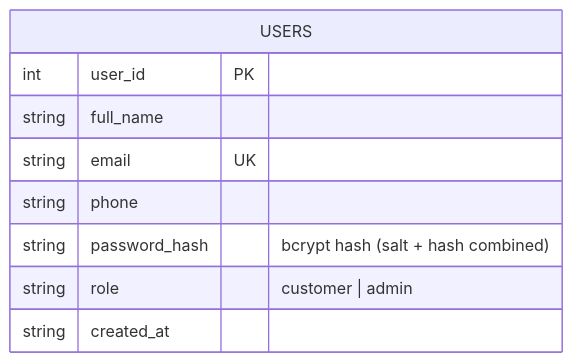
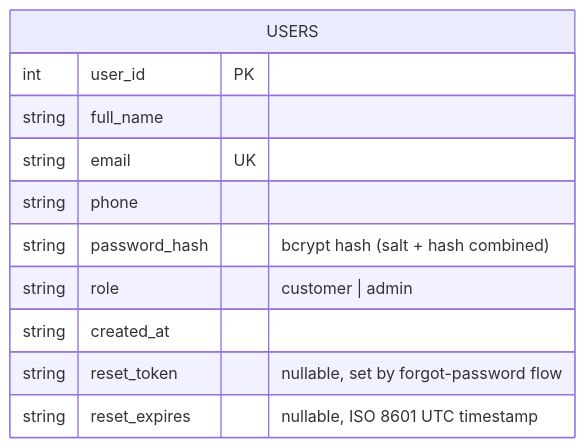
One commit to eirikrbe/MSE800-PSD changed the eighth of 8 diagrams in W10/Ako-puku_Login_Demo/README.md. Above: the diagram before and after it, drawn with Mermaid. The commit also changed other lines of this file and 4 other files, not shown here.

Commit message:
Forgot Password functionality added

````diff
--- a/W10/Ako-puku_Login_Demo/README.md
+++ b/W10/Ako-puku_Login_Demo/README.md
@@ -230,12 +287,14 @@
 ```mermaid
 erDiagram
     USERS {
         int user_id PK
         string full_name
         string email UK
         string phone
         string password_hash "bcrypt hash (salt + hash combined)"
         string role "customer | admin"
         string created_at
+        string reset_token "nullable, set by forgot-password flow"
+        string reset_expires "nullable, ISO 8601 UTC timestamp"
     }
 ```
````
